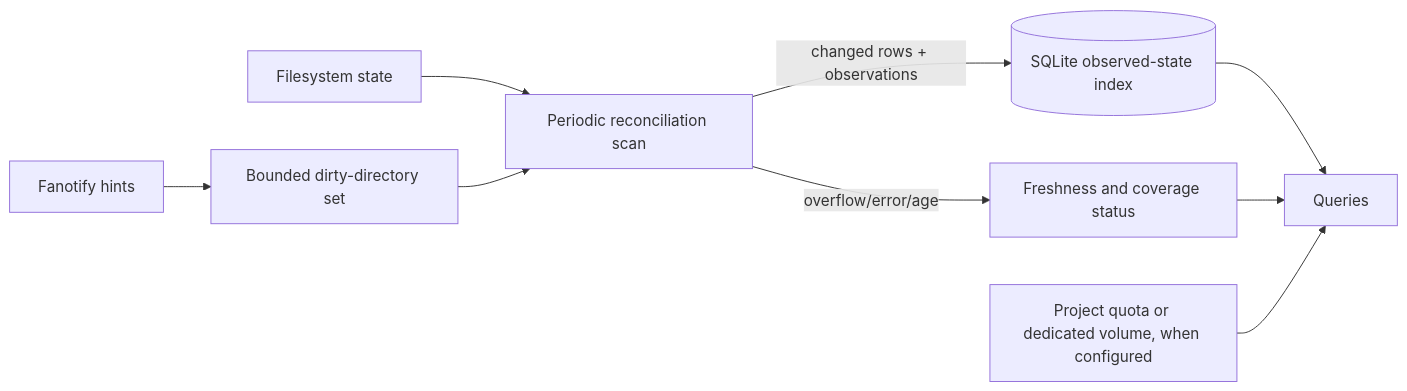
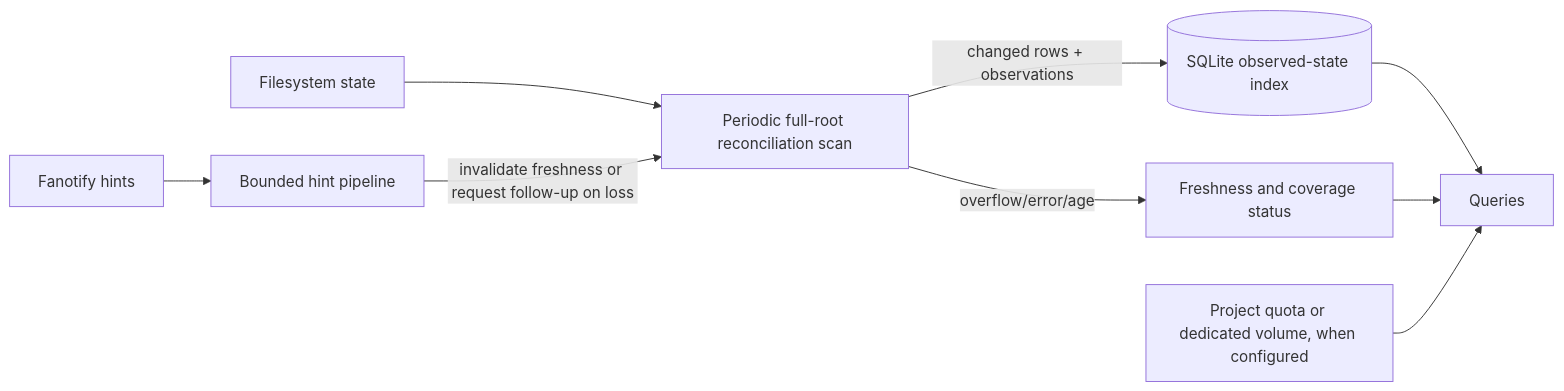
One commit to ftahirops/dux changed the diagram in docs/ARCHITECTURE_EVOLUTION.md. Above: the diagram before and after it, drawn with Mermaid. The commit also changed other lines of this file, not shown here.

Commit message:
Correct scan-first hint implementation status

````diff
--- a/docs/ARCHITECTURE_EVOLUTION.md
+++ b/docs/ARCHITECTURE_EVOLUTION.md
@@ -58,11 +60,11 @@
 ```mermaid
 flowchart LR
-  FS[Filesystem state] --> S[Periodic reconciliation scan]
-  H[Fanotify hints] --> D[Bounded dirty-directory set]
-  D --> S
+  FS[Filesystem state] --> S[Periodic full-root reconciliation scan]
+  H[Fanotify hints] --> D[Bounded hint pipeline]
+  D -->|invalidate freshness or request follow-up on loss| S
   S -->|changed rows + observations| DB[(SQLite observed-state index)]
   S -->|overflow/error/age| F[Freshness and coverage status]
   DB --> Q[Queries]
   F --> Q
   P[Project quota or dedicated volume, when configured] --> Q
 ```
````
